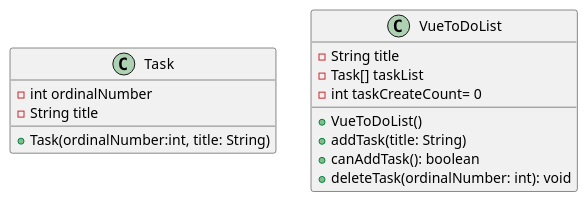
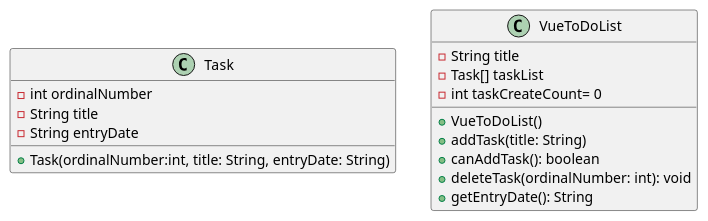
The diagram in To_Do_List設計.pu (Tucker263/To_Do_List), drawn with PlantUML before and after one commit. The commit also changed 3 other files, not shown here.

```diff
--- a/To_Do_List設計.pu
+++ b/To_Do_List設計.pu
@@ -1,21 +1,23 @@
 @startuml
 'Modelの設計
 class Task{
     - int ordinalNumber
     - String title
+    - String entryDate
 
-    + Task(ordinalNumber:int, title: String)
+    + Task(ordinalNumber:int, title: String, entryDate: String)
 }
 
 class VueToDoList{
     - String title
     - Task[] taskList
     - int taskCreateCount= 0
 
     + VueToDoList()
     + addTask(title: String)
     + canAddTask(): boolean
     + deleteTask(ordinalNumber: int): void
+    + getEntryDate(): String
 }
 
 @enduml
```
